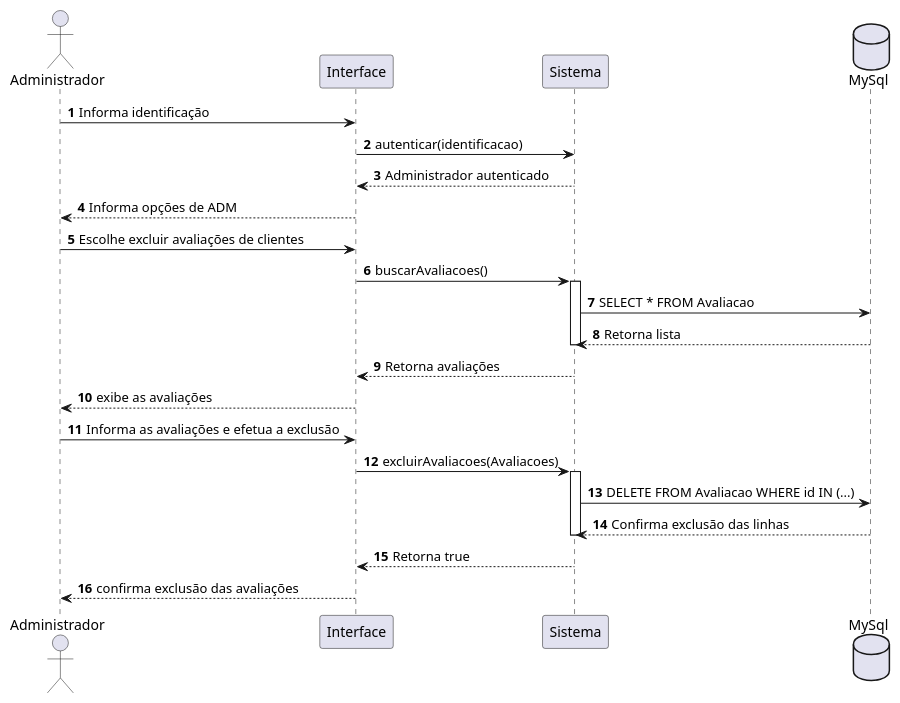
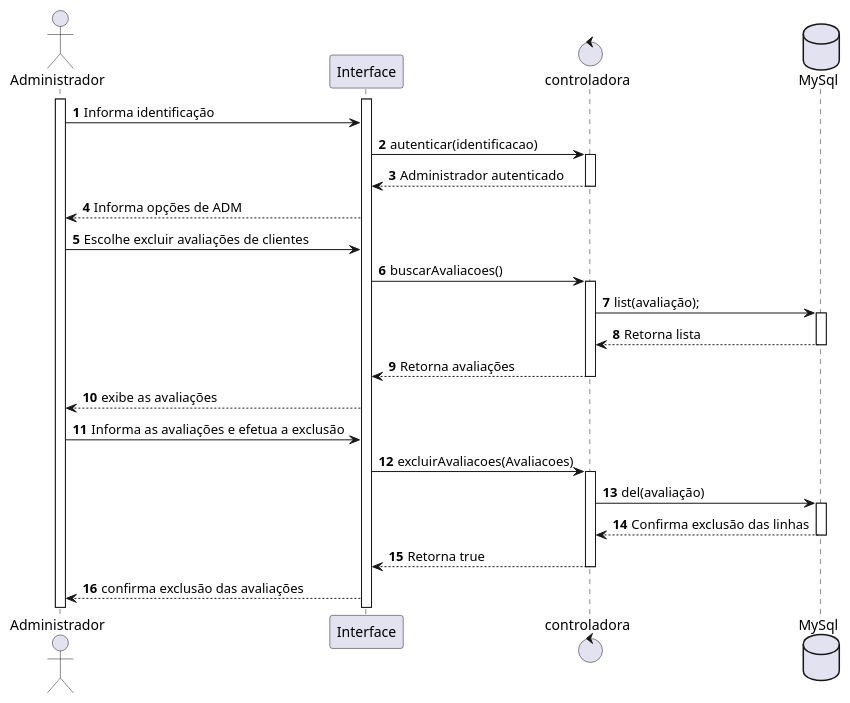
One commit to Gnunes27/Projeto-DSC changed the seventh of 8 diagrams in Documentação/Diagramas/Diagramas de Sequencia/Script Diagramas de Sequencia.md. Above: the diagram before and after it, drawn with PlantUML. The commit also changed other lines of this file, not shown here.

Commit message:
Refatorando diagramas de sequência e atualizando interações

````diff
--- a/Documentação/Diagramas/Diagramas de Sequencia/Script Diagramas de Sequencia.md
+++ b/Documentação/Diagramas/Diagramas de Sequencia/Script Diagramas de Sequencia.md
@@ -299,35 +366,45 @@
 ```plantuml
 @startuml
 autonumber
 
 actor "Administrador" as Adm
 participant "Interface" as Tela
-participant "Sistema" as Sis
+control "controladora" as Sis
 database "MySql" as BD
+
+activate Adm
+activate Tela
 
 Adm -> Tela: Informa identificação
 Tela -> Sis: autenticar(identificacao)
+activate Sis
 Sis --> Tela: Administrador autenticado
+deactivate Sis
 Tela --> Adm: Informa opções de ADM
 
 Adm -> Tela: Escolhe excluir avaliações de clientes
 Tela -> Sis: buscarAvaliacoes()
 activate Sis
-Sis -> BD: SELECT * FROM Avaliacao
+Sis -> BD: list(avaliação);
+activate BD
 BD --> Sis: Retorna lista 
+deactivate BD
+Sis --> Tela: Retorna avaliações 
 deactivate Sis
-Sis --> Tela: Retorna avaliações 
 Tela --> Adm: exibe as avaliações
 
 Adm -> Tela: Informa as avaliações e efetua a exclusão
 Tela -> Sis: excluirAvaliacoes(Avaliacoes)
 activate Sis
-Sis -> BD: DELETE FROM Avaliacao WHERE id IN (...)
+Sis -> BD: del(avaliação)
+activate BD
 BD --> Sis: Confirma exclusão das linhas
-deactivate Sis
+deactivate BD
 
 Sis --> Tela: Retorna true
+deactivate Sis
 Tela --> Adm: confirma exclusão das avaliações
 
 @enduml
+
 ```
````
